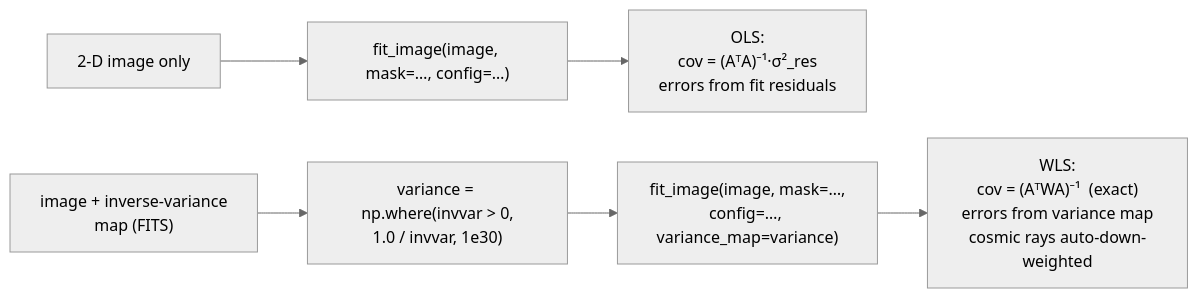
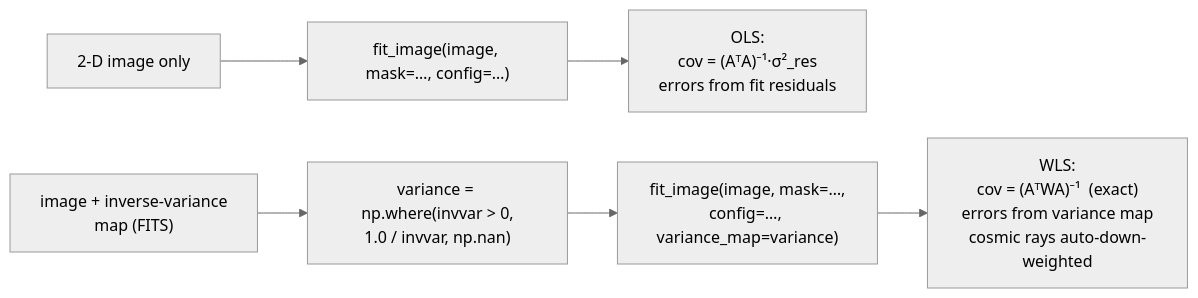
The second of 5 diagrams in docs/reference/configuration-decision-tree.md (MassiveSeaOtters/isoster), drawn with Mermaid (neutral theme) before and after one commit. The commit also changed other lines of this file and 4 other files, not shown here.

````diff
--- a/docs/reference/configuration-decision-tree.md
+++ b/docs/reference/configuration-decision-tree.md
@@ -59,8 +59,8 @@
 ```mermaid
 flowchart LR
     Img[2-D image only] --> OLS["fit_image(image, mask=…, config=…)"]
     OLS --> OLSOut["OLS:<br/>cov = (AᵀA)⁻¹·σ²_res<br/>errors from fit residuals"]
-    ImgV["image + inverse-variance<br/>map (FITS)"] --> Conv["variance = np.where(invvar &gt; 0,<br/>1.0 / invvar, 1e30)"]
+    ImgV["image + inverse-variance<br/>map (FITS)"] --> Conv["variance = np.where(invvar &gt; 0,<br/>1.0 / invvar, np.nan)"]
     Conv --> WLS["fit_image(image, mask=…,<br/>config=…, variance_map=variance)"]
     WLS --> WLSOut["WLS:<br/>cov = (AᵀWA)⁻¹  (exact)<br/>errors from variance map<br/>cosmic rays auto-down-weighted"]
 ```
````
